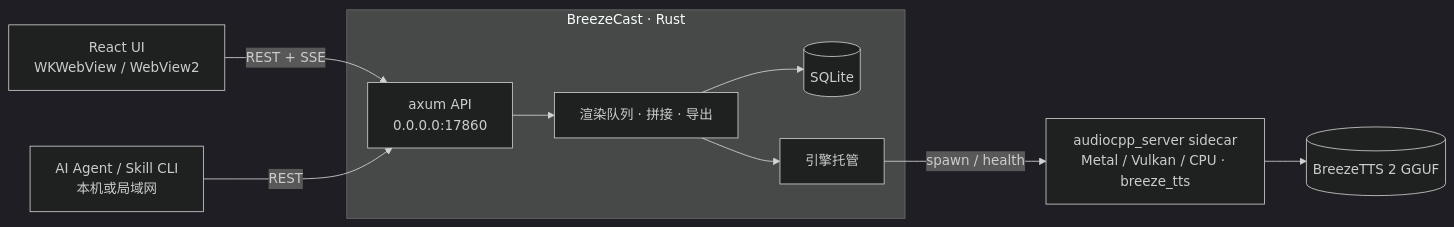
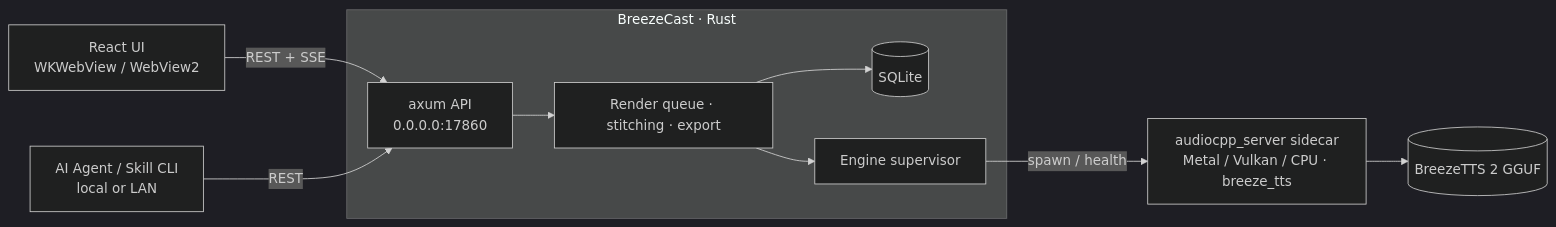
Before and after one commit to linyqh/BreezeCast: the diagram in README.md, drawn with Mermaid (dark theme). The commit also changed other lines of this file and 4 other files, not shown here.

````diff
--- a/README.md
+++ b/README.md
@@ -185,12 +189,12 @@
 ```mermaid
 flowchart LR
   UI[React UI<br/>WKWebView / WebView2] -- REST + SSE --> API
-  Agent[AI Agent / Skill CLI<br/>本机或局域网] -- REST --> API
+  Agent[AI Agent / Skill CLI<br/>local or LAN] -- REST --> API
   subgraph Tauri[BreezeCast · Rust]
-    API[axum API<br/>0.0.0.0:17860] --> SVC[渲染队列 · 拼接 · 导出]
+    API[axum API<br/>0.0.0.0:17860] --> SVC[Render queue · stitching · export]
     SVC --> DB[(SQLite)]
-    SVC --> ENG[引擎托管]
+    SVC --> ENG[Engine supervisor]
   end
   ENG -- spawn / health --> AC[audiocpp_server sidecar<br/>Metal / Vulkan / CPU · breeze_tts]
   AC --> GGUF[(BreezeTTS 2 GGUF)]
 ```
````
